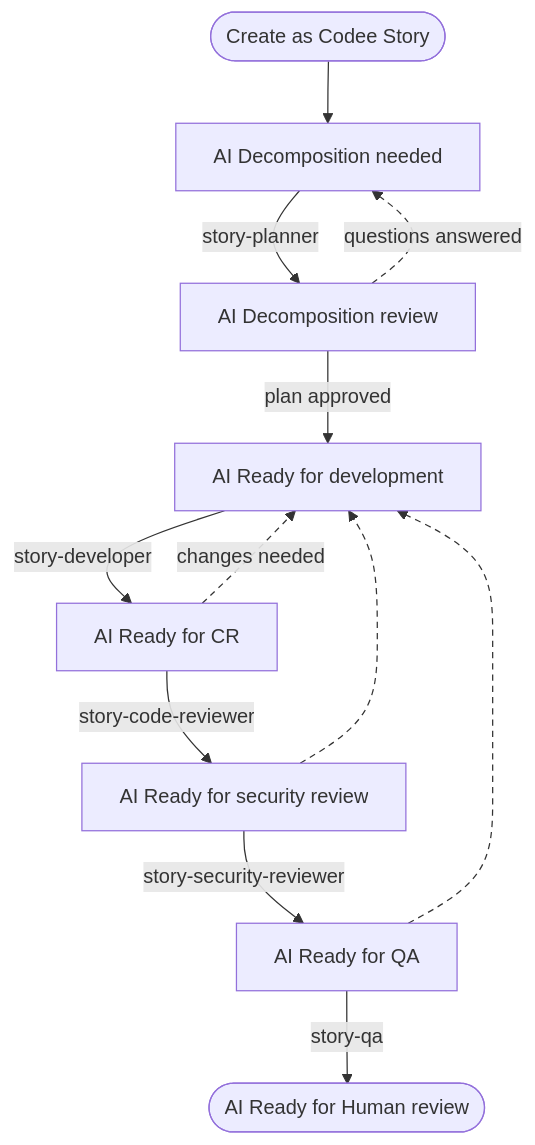
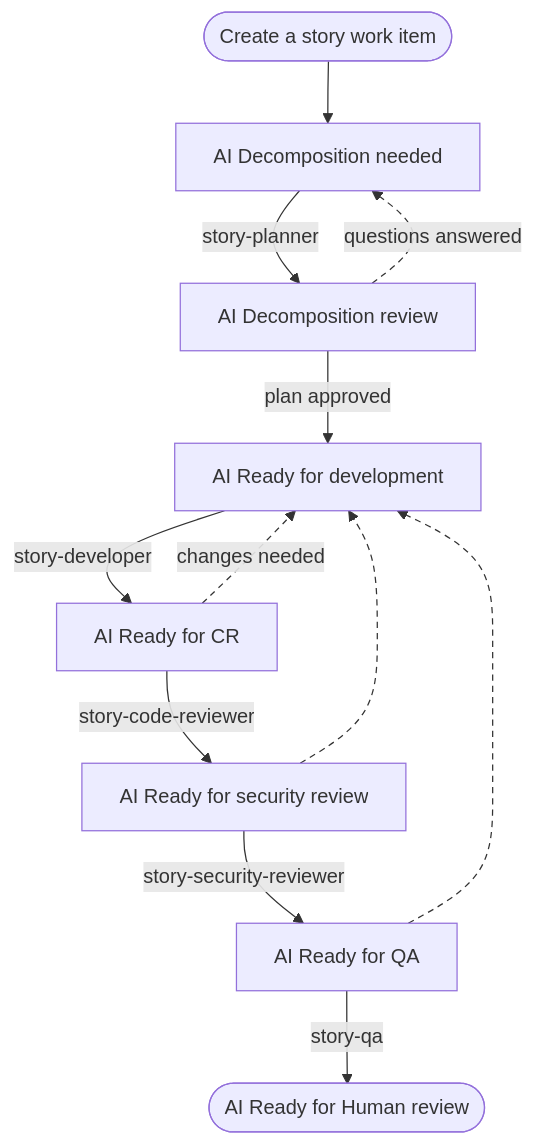
The first of 2 diagrams in docs/docs/tutorials/working-on-tasks-in-azure-devops.mdx (fusebase-dev/codee), drawn with Mermaid before and after one commit. The commit also changed other lines of this file and 5 other files, not shown here.

````diff
--- a/docs/docs/tutorials/working-on-tasks-in-azure-devops.mdx
+++ b/docs/docs/tutorials/working-on-tasks-in-azure-devops.mdx
@@ -372,18 +406,18 @@
 ```mermaid
 flowchart TD
-    start([Create as Codee Story]) --> decomp[AI Decomposition needed]
+    start([Create a story work item]) --> decomp[AI Decomposition needed]
     decomp -->|story-planner| review[AI Decomposition review]
     review -.->|questions answered| decomp
     review -->|plan approved| dev[AI Ready for development]
     dev -->|story-developer| cr[AI Ready for CR]
     cr -->|story-code-reviewer| sec[AI Ready for security review]
     sec -->|story-security-reviewer| qa[AI Ready for QA]
     qa -->|story-qa| done([AI Ready for Human review])
     cr -.->|changes needed| dev
     sec -.-> dev
     qa -.-> dev
 
     class start,review,done human
     class decomp,dev,cr,sec,qa codee
     linkStyle 2,8,9,10 stroke-dasharray: 5 4
 ```
````
